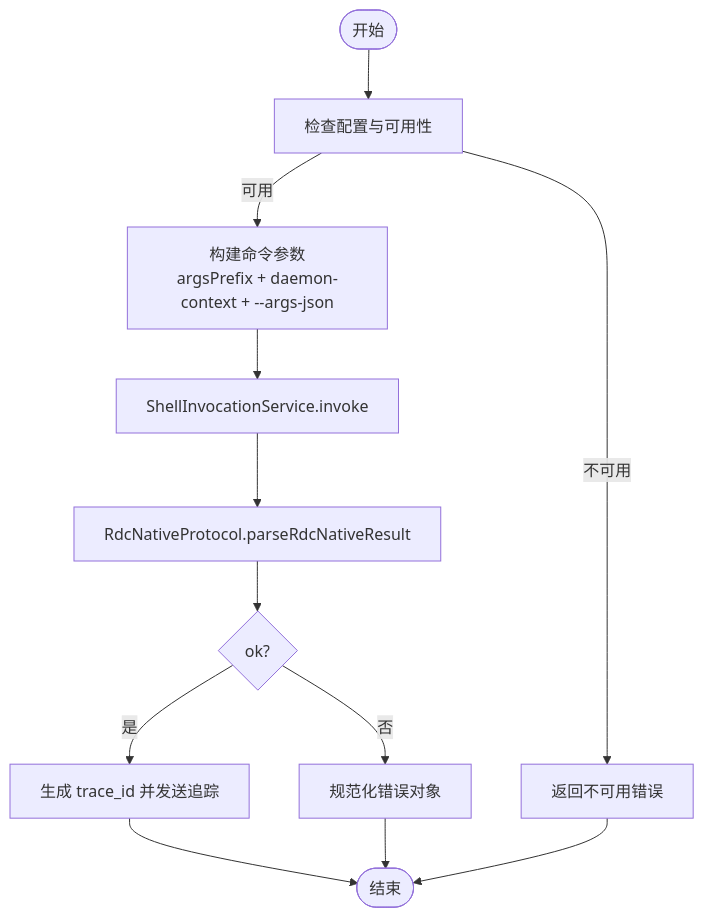
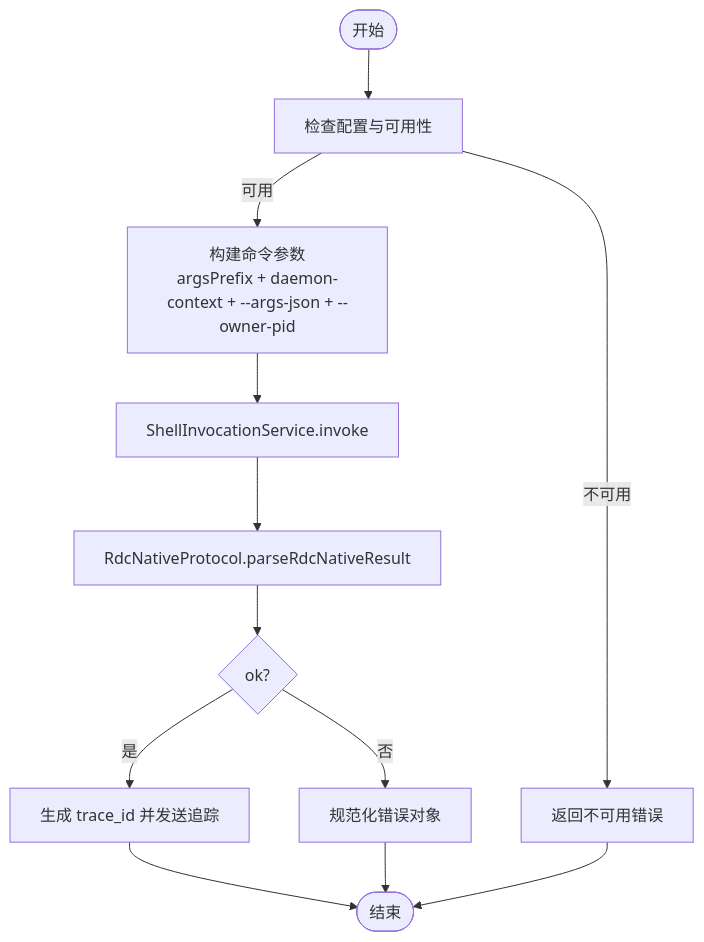
One commit to haolange/RDC-Agent changed the third of 6 diagrams in .qoder/repowiki/zh/content/架构设计/核心组件设计/CLI调用器设计/CLI调用器设计.md. Above: the diagram before and after it, drawn with Mermaid. The commit also changed other lines of this file and 150 other files, not shown here.

````diff
--- a/.qoder/repowiki/zh/content/架构设计/核心组件设计/CLI调用器设计/CLI调用器设计.md
+++ b/.qoder/repowiki/zh/content/架构设计/核心组件设计/CLI调用器设计/CLI调用器设计.md
@@ -195,14 +197,14 @@
 ```mermaid
 flowchart TD
 Start(["开始"]) --> CheckCfg["检查配置与可用性"]
 CheckCfg --> |不可用| ReturnErr["返回不可用错误"]
-CheckCfg --> |可用| BuildArgs["构建命令参数<br/>argsPrefix + daemon-context + --args-json"]
+CheckCfg --> |可用| BuildArgs["构建命令参数<br/>argsPrefix + daemon-context + --args-json + --owner-pid"]
 BuildArgs --> Invoke["ShellInvocationService.invoke"]
 Invoke --> Parse["RdcNativeProtocol.parseRdcNativeResult"]
 Parse --> Ok{"ok?"}
 Ok --> |是| EmitTrace["生成 trace_id 并发送追踪"]
 Ok --> |否| ErrFmt["规范化错误对象"]
 EmitTrace --> End(["结束"])
 ErrFmt --> End
 ReturnErr --> End
 ```
````
